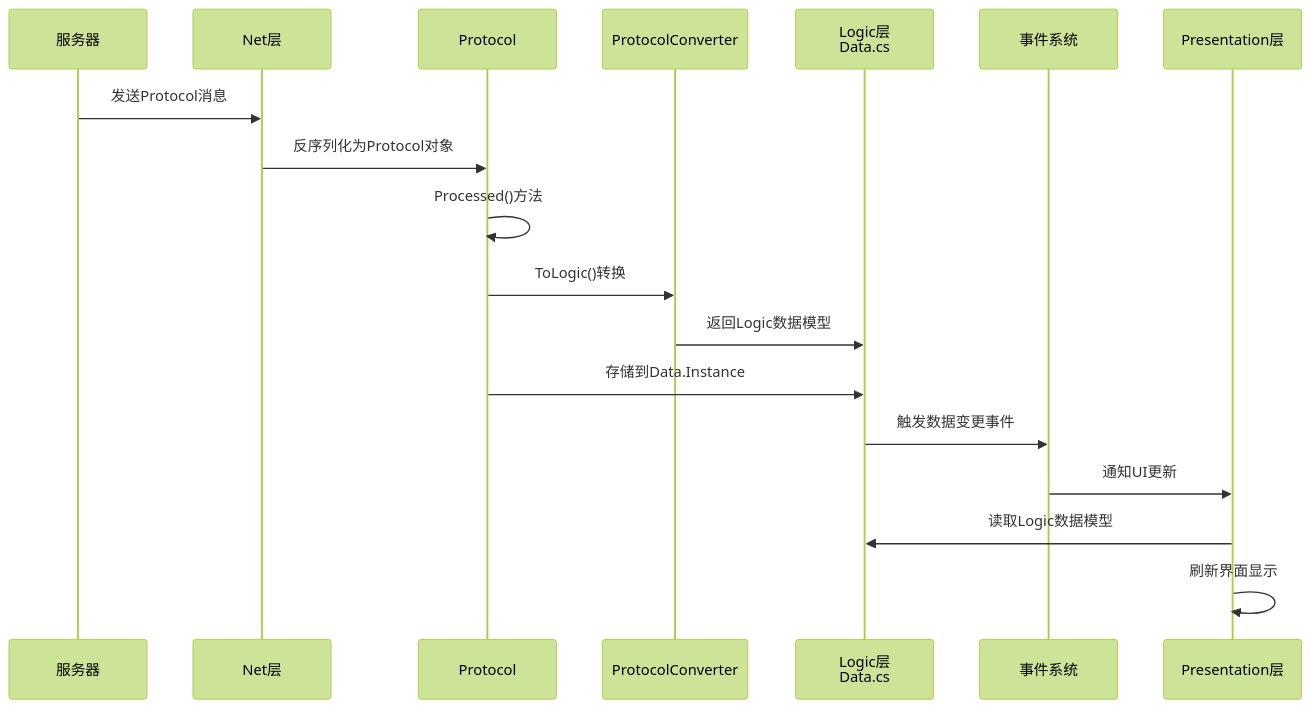
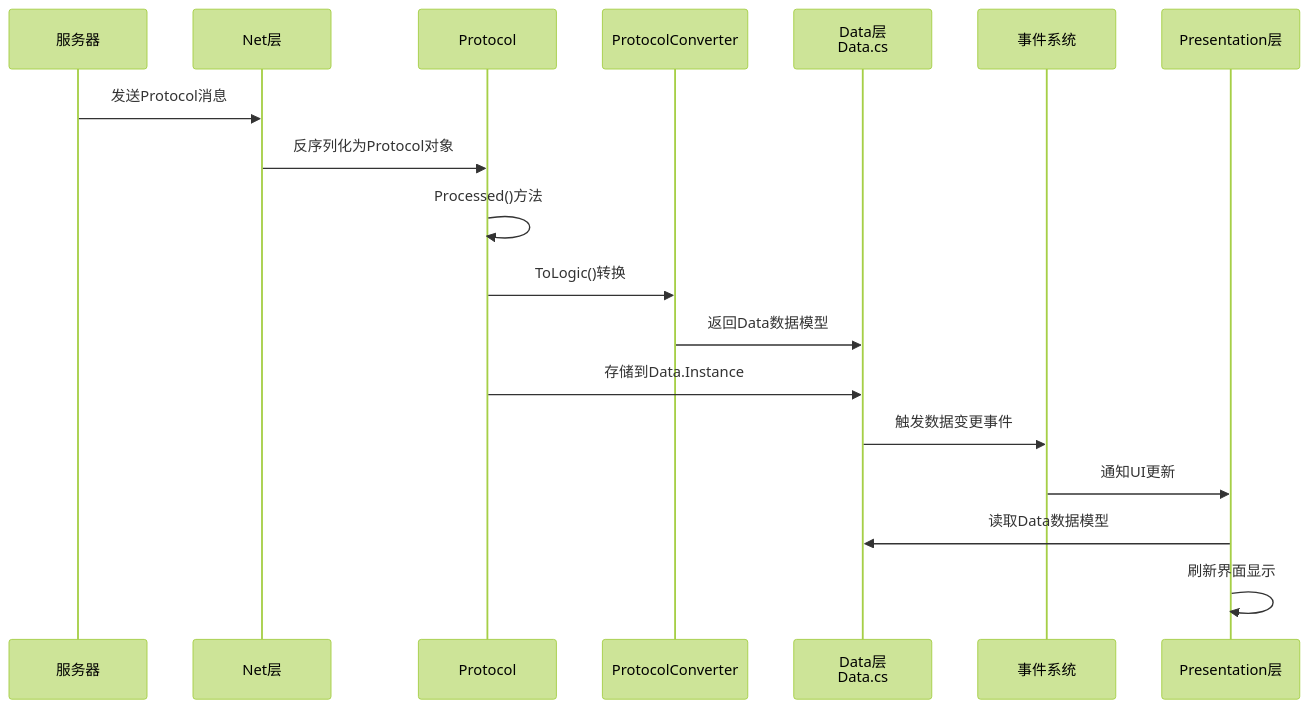
The third of 6 diagrams in Documents/Architecture/客户端分层架构.md (zlex001/LOA-Client), drawn with Mermaid (forest theme) before and after one commit. The commit also changed other lines of this file and 54 other files, not shown here.

````diff
--- a/Documents/Architecture/客户端分层架构.md
+++ b/Documents/Architecture/客户端分层架构.md
@@ -694,21 +694,21 @@
 ```mermaid
 sequenceDiagram
     participant Server as 服务器
     participant Net as Net层
     participant Protocol as Protocol
     participant Converter as ProtocolConverter
-    participant Logic as Logic层<br/>Data.cs
+    participant Data as Data层<br/>Data.cs
     participant Event as 事件系统
     participant UI as Presentation层
     
     Server->>Net: 发送Protocol消息
     Net->>Protocol: 反序列化为Protocol对象
     Protocol->>Protocol: Processed()方法
     Protocol->>Converter: ToLogic()转换
-    Converter->>Logic: 返回Logic数据模型
-    Protocol->>Logic: 存储到Data.Instance
-    Logic->>Event: 触发数据变更事件
+    Converter->>Data: 返回Data数据模型
+    Protocol->>Data: 存储到Data.Instance
+    Data->>Event: 触发数据变更事件
     Event->>UI: 通知UI更新
-    UI->>Logic: 读取Logic数据模型
+    UI->>Data: 读取Data数据模型
     UI->>UI: 刷新界面显示
 ```
````
